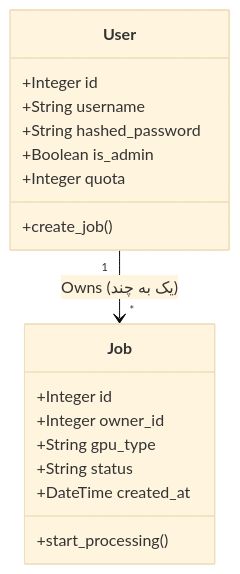
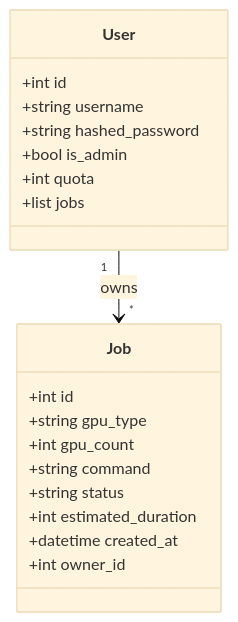
One commit to Mahan-Sadeghi/GPU_as_a_Service changed the second of 2 diagrams in ARCHITECTURE.md. Above: the diagram before and after it, drawn with Mermaid (base theme). The commit also changed other lines of this file, not shown here.

Commit message:
Docs: Add system architecture and UML diagrams based on requirements

````diff
--- a/ARCHITECTURE.md
+++ b/ARCHITECTURE.md
@@ -17,23 +27,24 @@
 ```mermaid
-classDiagram
+    classDiagram
     class User {
-        +Integer id
-        +String username
-        +String hashed_password
-        +Boolean is_admin
-        +Integer quota
-        +create_job()
+        +int id
+        +string username
+        +string hashed_password
+        +bool is_admin
+        +int quota
+        +list jobs
     }
 
     class Job {
-        +Integer id
-        +Integer owner_id
-        +String gpu_type
-        +String status
-        +DateTime created_at
-        +start_processing()
+        +int id
+        +string gpu_type
+        +int gpu_count
+        +string command
+        +string status
+        +int estimated_duration
+        +datetime created_at
+        +int owner_id
     }
 
-    User "1" --> "*" Job : Owns (یک به چند)
-    
+    User "1" --> "*" Job : owns
 ```
````
